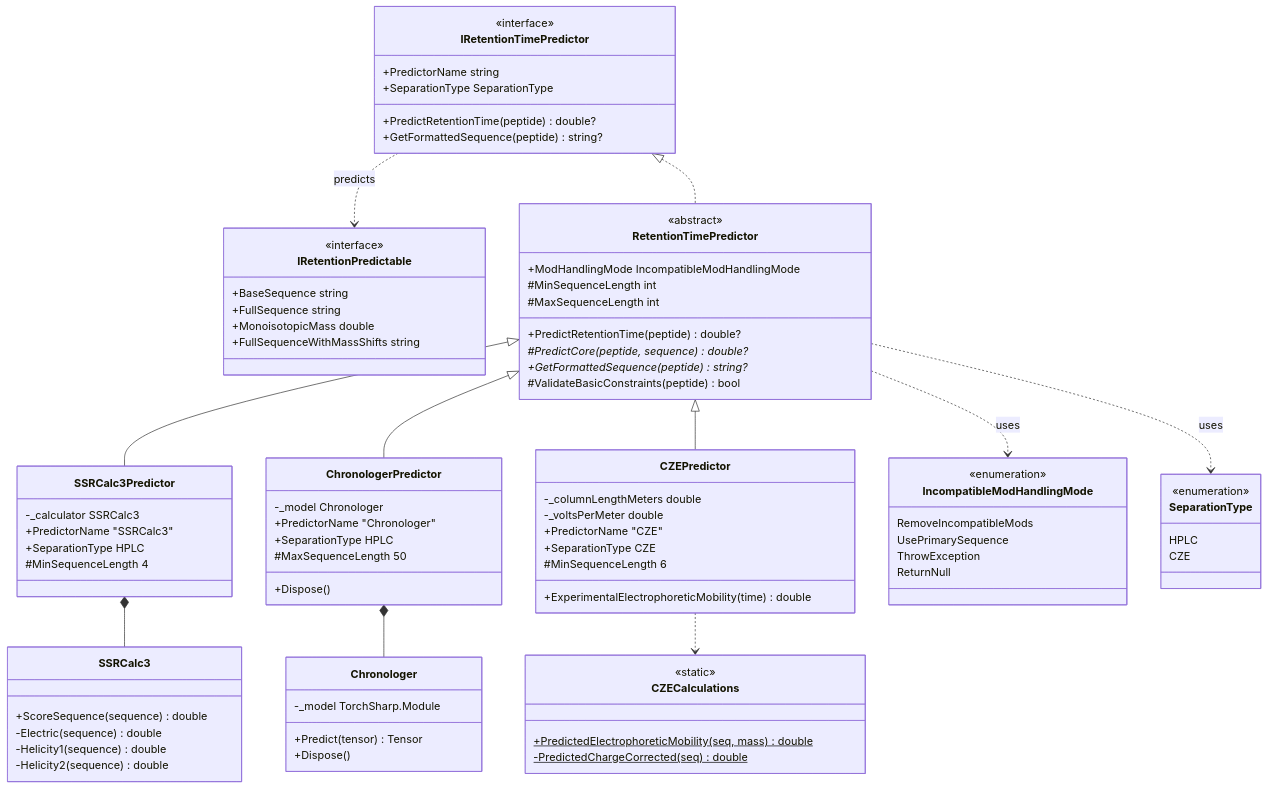
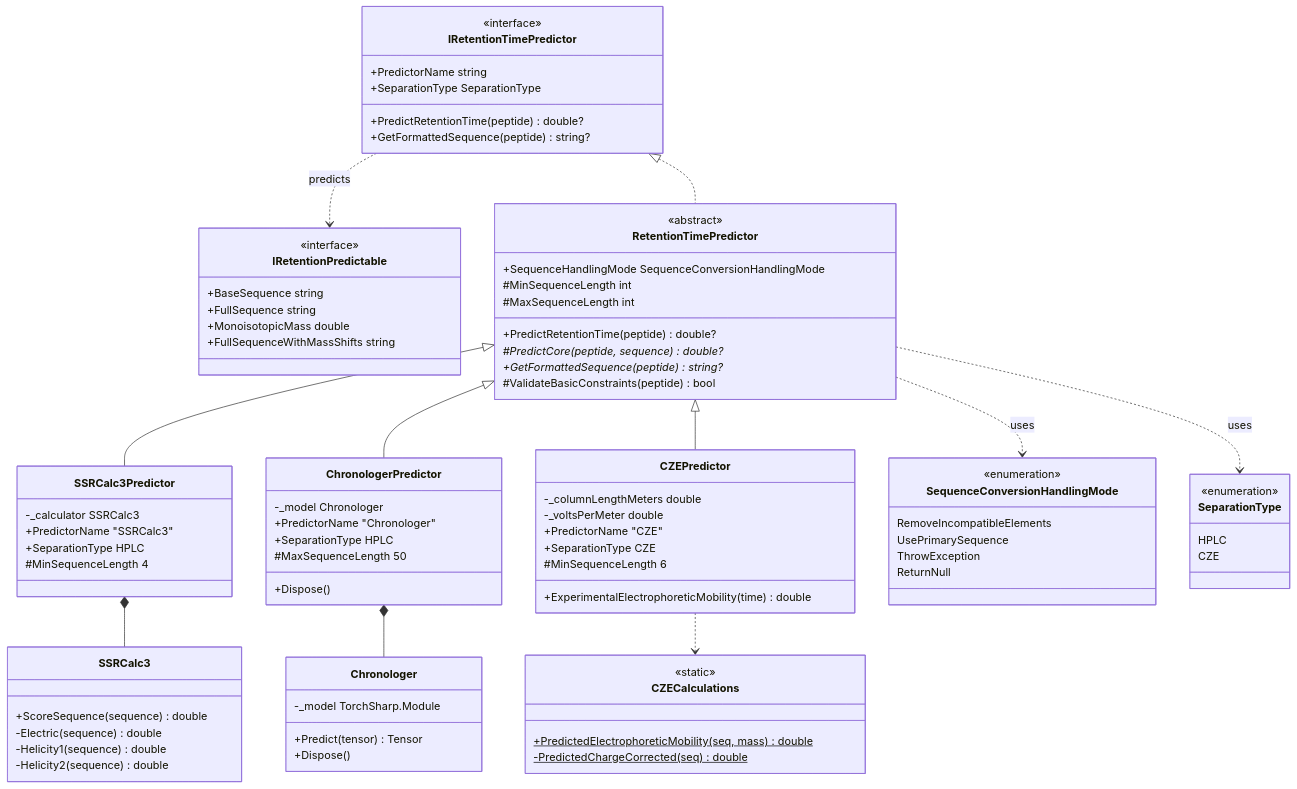
The first of 2 diagrams in mzLib/Chromatography/RetentionTimePrediction/RetentionTimePrediction_ClassDiagram.md (smith-chem-wisc/mzLib), drawn with Mermaid before and after one commit. The commit also changed other lines of this file and 97 other files, not shown here.

```diff
--- a/mzLib/Chromatography/RetentionTimePrediction/RetentionTimePrediction_ClassDiagram.md
+++ b/mzLib/Chromatography/RetentionTimePrediction/RetentionTimePrediction_ClassDiagram.md
@@ -23,7 +23,7 @@
 
     class RetentionTimePredictor {
         <<abstract>>
-        +ModHandlingMode IncompatibleModHandlingMode
+        +SequenceHandlingMode SequenceConversionHandlingMode
         #MinSequenceLength int
         #MaxSequenceLength int
         +PredictRetentionTime(peptide) double?
@@ -78,9 +78,9 @@
     }
 
     %% Enums
-    class IncompatibleModHandlingMode {
+    class SequenceConversionHandlingMode {
         <<enumeration>>
-        RemoveIncompatibleMods
+        RemoveIncompatibleElements
         UsePrimarySequence
         ThrowException
         ReturnNull
@@ -99,7 +99,7 @@
     RetentionTimePredictor <|-- CZEPredictor
     
     IRetentionTimePredictor ..> IRetentionPredictable : predicts
-    RetentionTimePredictor ..> IncompatibleModHandlingMode : uses
+    RetentionTimePredictor ..> SequenceConversionHandlingMode : uses
     RetentionTimePredictor ..> SeparationType : uses
     
     SSRCalc3Predictor *-- SSRCalc3
```
